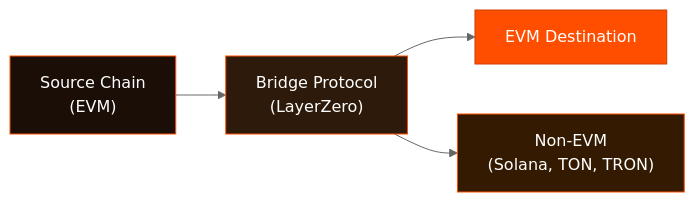
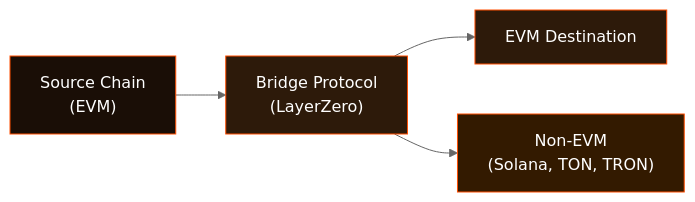
Before and after one commit to gatteo/wdk-docs: the diagram in sdk/bridge-modules/README.md, drawn with Mermaid (neutral theme). The commit also changed 16 other files, not shown here.

Commit message:
docs: replace all primary orange backgrounds with dark tones in diagrams

````diff
--- a/sdk/bridge-modules/README.md
+++ b/sdk/bridge-modules/README.md
@@ -23,10 +23,10 @@
 ```mermaid
 flowchart LR
     SRC["Source Chain\n(EVM)"] --> Bridge["Bridge Protocol\n(LayerZero)"] --> DST1["EVM Destination"]
     Bridge --> DST2["Non-EVM\n(Solana, TON, TRON)"]
 
     style SRC fill:#1a0e06,stroke:#FF4E00,color:#fff
     style Bridge fill:#2d1a0a,stroke:#FF4E00,color:#fff
-    style DST1 fill:#FF4E00,stroke:#cc3e00,color:#fff
+    style DST1 fill:#2d1a0a,stroke:#FF4E00,color:#fff
     style DST2 fill:#331a00,stroke:#FF4E00,color:#fff
 ```
````
